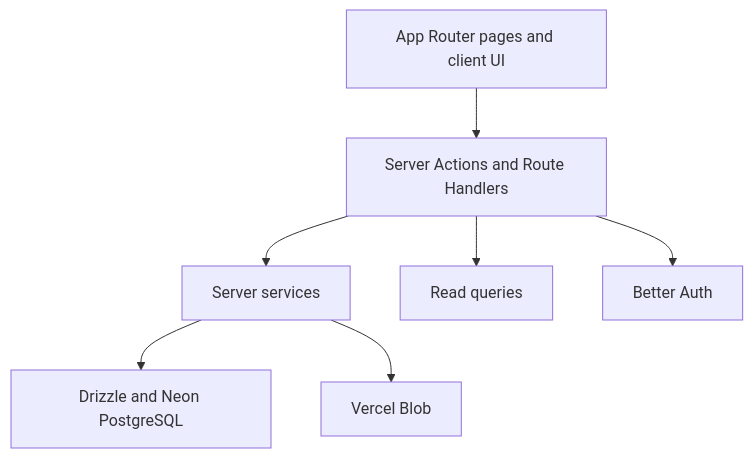
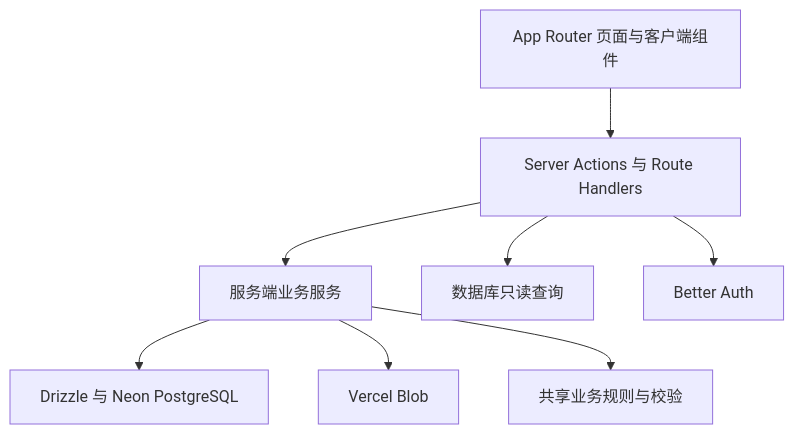
The diagram in README.md (goo-yyh/zihai), drawn with Mermaid before and after one commit. The commit also changed other lines of this file and 28 other files, not shown here.

````diff
--- a/README.md
+++ b/README.md
@@ -19,9 +30,10 @@
 ```mermaid
 flowchart TD
-  UI["App Router pages and client UI"] --> Actions["Server Actions and Route Handlers"]
-  Actions --> Services["Server services"]
-  Actions --> Queries["Read queries"]
-  Services --> DB["Drizzle and Neon PostgreSQL"]
+  UI["App Router 页面与客户端组件"] --> Boundary["Server Actions 与 Route Handlers"]
+  Boundary --> Services["服务端业务服务"]
+  Boundary --> Queries["数据库只读查询"]
+  Services --> DB["Drizzle 与 Neon PostgreSQL"]
   Services --> Blob["Vercel Blob"]
-  Actions --> Auth["Better Auth"]
+  Boundary --> Auth["Better Auth"]
+  Services --> Rules["共享业务规则与校验"]
 ```
````
